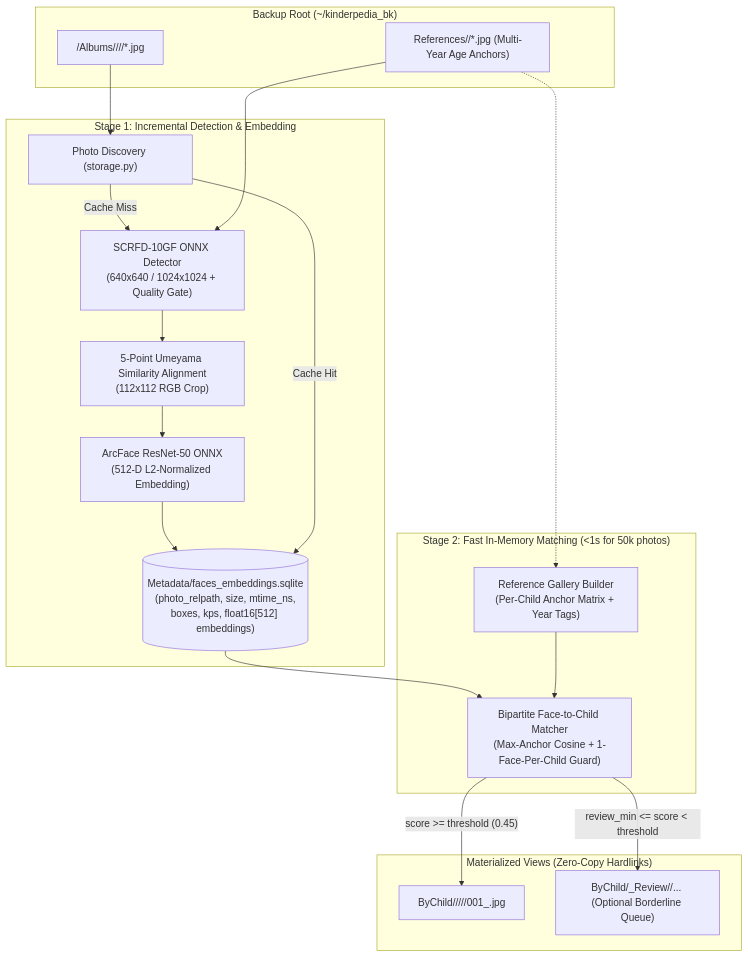
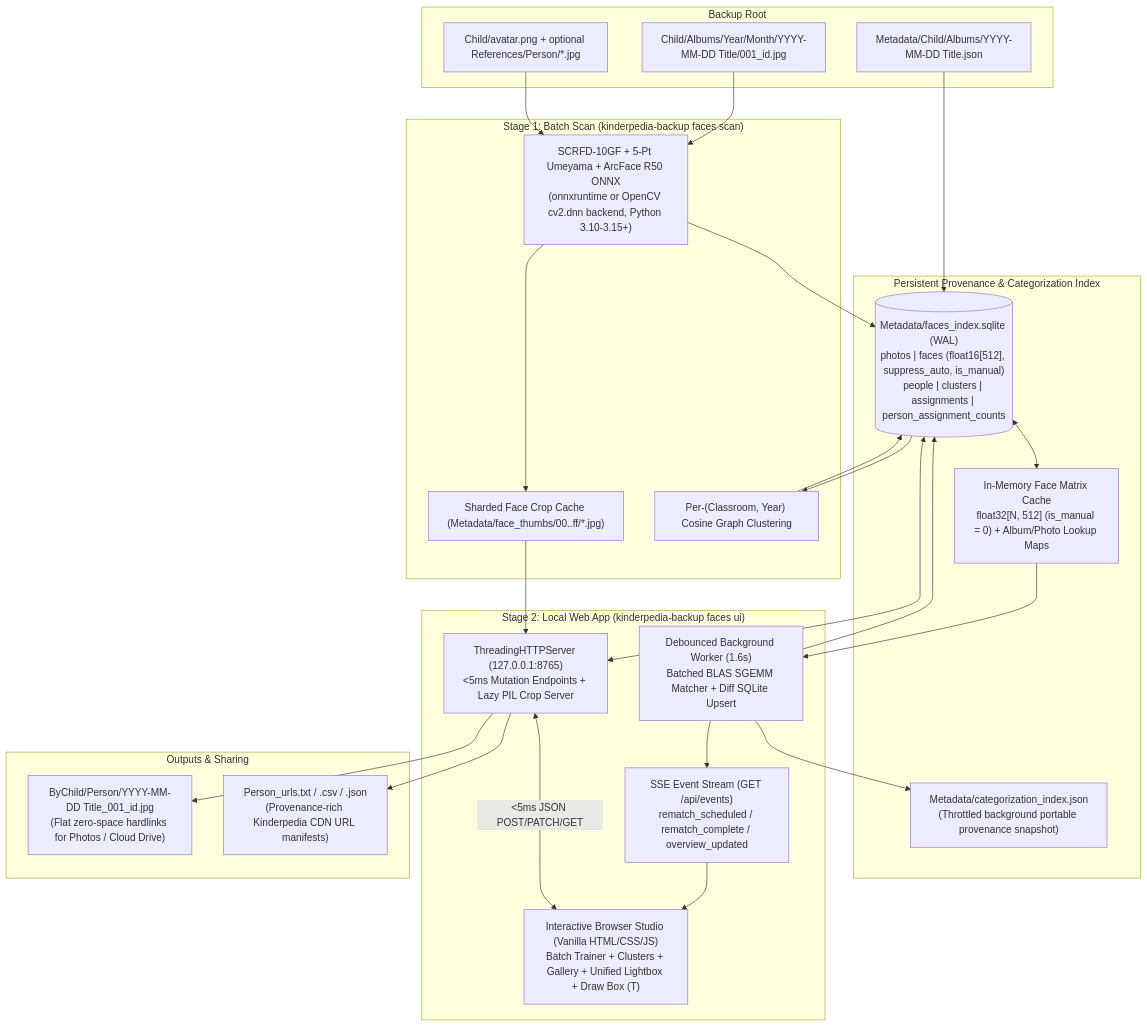
One commit to bogdan00/kinderpedia-backup changed the diagram in docs/facial-recognition-design.md. Above: the diagram before and after it, drawn with Mermaid. The commit also changed other lines of this file and 23 other files, not shown here.

First line of the commit message:
WIP: offline Classroom Faces studio (scan, active-learning UI, matcher)

````diff
--- a/docs/facial-recognition-design.md
+++ b/docs/facial-recognition-design.md
@@ -39,35 +32,48 @@
 ```mermaid
 flowchart TD
-    subgraph Inputs["Backup Root (~/kinderpedia_bk)"]
-        A["<Child>/Albums/<Year>/<Month>/<YYYY-MM-DD Title>/*.jpg"]
-        R["References/<Child>/*.jpg (Multi-Year Age Anchors)"]
+    subgraph Archive["Backup Root"]
+        IMG["Child/Albums/Year/Month/YYYY-MM-DD Title/001_id.jpg"]
+        META["Metadata/Child/Albums/YYYY-MM-DD Title.json"]
+        AV["Child/avatar.png + optional References/Person/*.jpg"]
     end
 
-    subgraph Stage1["Stage 1: Incremental Detection & Embedding"]
-        D["Photo Discovery (storage.py)"]
-        DB[("Metadata/faces_embeddings.sqlite\n(photo_relpath, size, mtime_ns,\nboxes, kps, float16[512] embeddings)")]
-        SCRFD["SCRFD-10GF ONNX Detector\n(640x640 / 1024x1024 + Quality Gate)"]
-        ALIGN["5-Point Umeyama Similarity Alignment\n(112x112 RGB Crop)"]
-        ARC["ArcFace ResNet-50 ONNX\n(512-D L2-Normalized Embedding)"]
+    subgraph Stage1["Stage 1: Batch Scan (kinderpedia-backup faces scan)"]
+        ONNX["SCRFD-10GF + 5-Pt Umeyama + ArcFace R50 ONNX\n(onnxruntime or OpenCV cv2.dnn backend, Python 3.10-3.15+)"]
+        THUMBS["Sharded Face Crop Cache (Metadata/face_thumbs/00..ff/*.jpg)"]
+        CLUST["Per-(Classroom, Year) Cosine Graph Clustering"]
     end
 
-    subgraph Stage2["Stage 2: Fast In-Memory Matching (<1s for 50k photos)"]
-        PROF["Reference Gallery Builder\n(Per-Child Anchor Matrix + Year Tags)"]
-        MATCH["Bipartite Face-to-Child Matcher\n(Max-Anchor Cosine + 1-Face-Per-Child Guard)"]
+    subgraph Store["Persistent Provenance & Categorization Index"]
+        DB[("Metadata/faces_index.sqlite (WAL)\nphotos | faces (float16[512], suppress_auto, is_manual)\npeople | clusters | assignments | person_assignment_counts")]
+        RAM["In-Memory Face Matrix Cache\nfloat32[N, 512] (is_manual = 0) + Album/Photo Lookup Maps"]
+        JSON["Metadata/categorization_index.json\n(Throttled background portable provenance snapshot)"]
     end
 
-    subgraph Outputs["Materialized Views (Zero-Copy Hardlinks)"]
-        OUT1["ByChild/<Child>/<Year>/<Month>/<YYYY-MM-DD Title>/001_<id>.jpg"]
-        OUT2["ByChild/_Review/<Child>/... (Optional Borderline Queue)"]
+    subgraph WebApp["Stage 2: Local Web App (kinderpedia-backup faces ui)"]
+        API["ThreadingHTTPServer (127.0.0.1:8765)\n<5ms Mutation Endpoints + Lazy PIL Crop Server"]
+        BG["Debounced Background Worker (1.6s)\nBatched BLAS SGEMM Matcher + Diff SQLite Upsert"]
+        SSE["SSE Event Stream (GET /api/events)\nrematch_scheduled / rematch_complete / overview_updated"]
+        UI["Interactive Browser Studio (Vanilla HTML/CSS/JS)\nBatch Trainer + Clusters + Gallery + Unified Lightbox + Draw Box (T)"]
     end
 
-    A --> D
-    D -->|Cache Miss| SCRFD --> ALIGN --> ARC --> DB
-    D -->|Cache Hit| DB
-    R --> SCRFD
-    DB --> MATCH
-    PROF --> MATCH
-    R -.-> PROF
-    MATCH -->|"score >= threshold (0.45)"| OUT1
-    MATCH -->|"review_min <= score < threshold"| OUT2
+    subgraph Exports["Outputs & Sharing"]
+        FLAT["ByChild/Person/YYYY-MM-DD Title_001_id.jpg\n(Flat zero-space hardlinks for Photos / Cloud Drive)"]
+        URLS["Person_urls.txt / .csv / .json\n(Provenance-rich Kinderpedia CDN URL manifests)"]
+    end
+
+    IMG --> ONNX
+    META --> DB
+    AV --> ONNX
+    ONNX --> DB
+    ONNX --> THUMBS
+    DB --> CLUST --> DB
+    DB <--> API
+    DB <--> RAM
+    RAM --> BG --> DB
+    BG --> JSON
+    BG --> SSE --> UI
+    THUMBS --> API
+    API <-->|"<5ms JSON POST/PATCH/GET"| UI
+    API --> FLAT
+    API --> URLS
 ```
````
